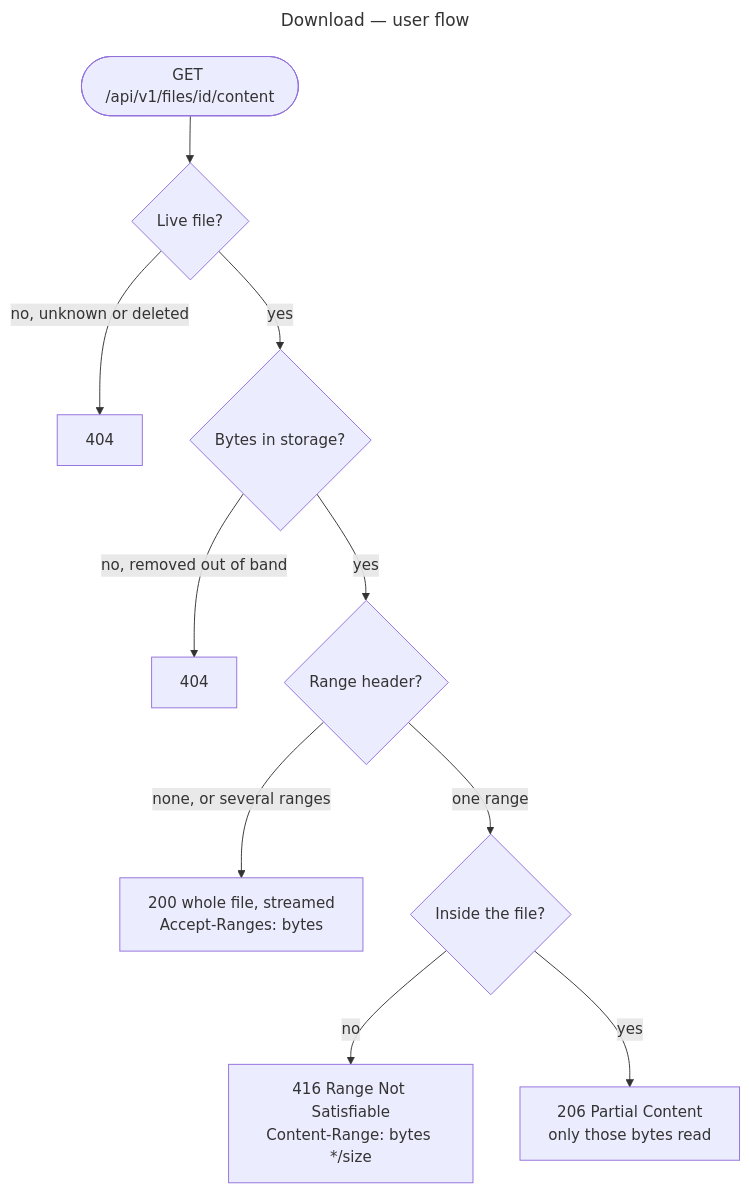
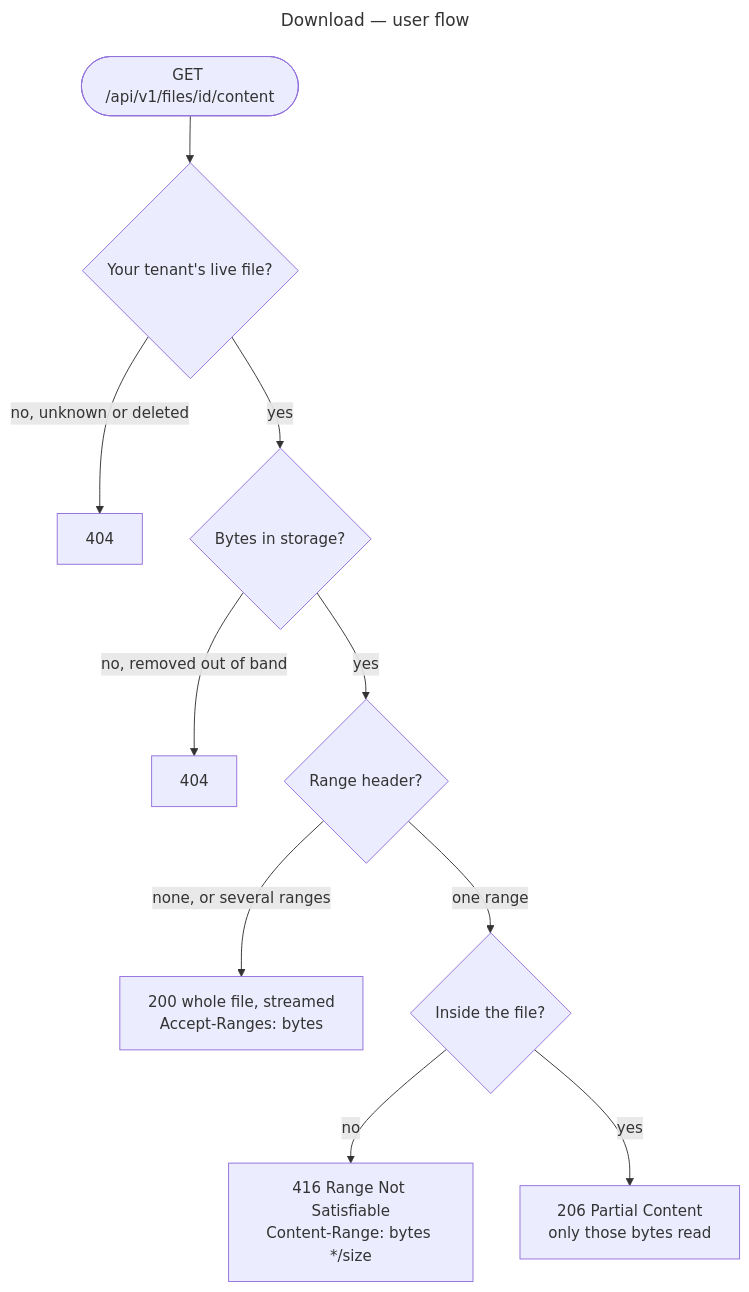
One commit to gmetskhvarishvili/GM.FileStorage.Samples changed the eighth of 12 diagrams in docs/user-flows.md. Above: the diagram before and after it, drawn with Mermaid. The commit also changed other lines of this file and 23 other files, not shown here.

````diff
--- a/docs/user-flows.md
+++ b/docs/user-flows.md
@@ -188,15 +195,15 @@
 ```mermaid
 ---
 title: Download — user flow
 ---
 flowchart TD
-    start([GET /api/v1/files/id/content]) --> live{Live file?}
+    start([GET /api/v1/files/id/content]) --> live{Your tenant's live file?}
     live -- no, unknown or deleted --> f404[404]
     live -- yes --> bytes{Bytes in storage?}
     bytes -- no, removed out of band --> b404[404]
     bytes -- yes --> range{Range header?}
     range -- none, or several ranges --> full[200 whole file, streamed<br/>Accept-Ranges: bytes]
     range -- one range --> fits{Inside the file?}
     fits -- no --> r416[416 Range Not Satisfiable<br/>Content-Range: bytes */size]
     fits -- yes --> part[206 Partial Content<br/>only those bytes read]
 ```
````
